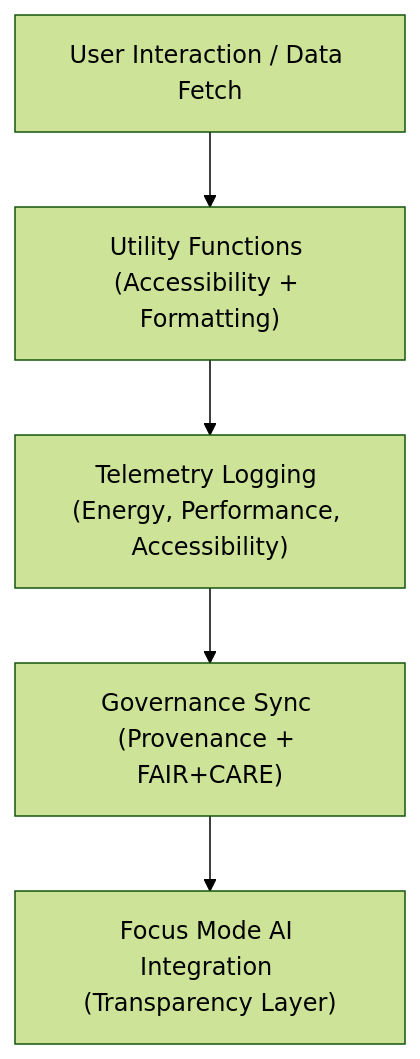
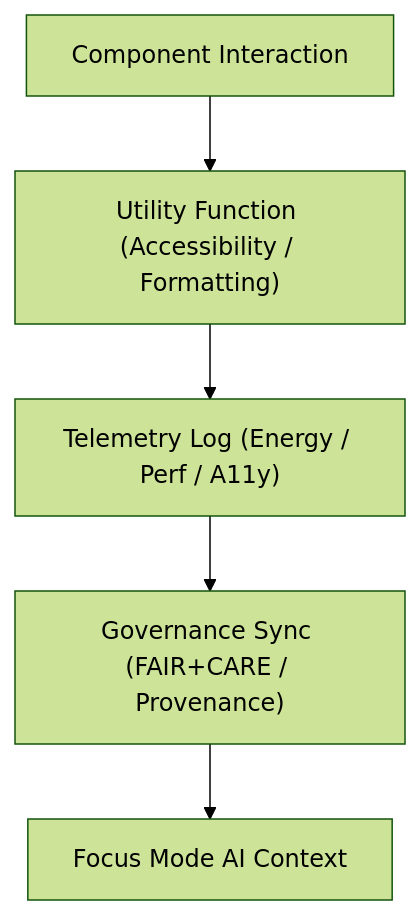
The diagram in web/src/utils/README.md (bartytime4life/Kansas-Frontier-Matrix), drawn with Mermaid (forest theme) before and after one commit. The commit also changed other lines of this file, not shown here.

````diff
--- a/web/src/utils/README.md
+++ b/web/src/utils/README.md
@@ -65,7 +64,7 @@
 ```mermaid
 flowchart TD
-    A["User Interaction / Data Fetch"] --> B["Utility Functions (Accessibility + Formatting)"]
-    B --> C["Telemetry Logging (Energy, Performance, Accessibility)"]
-    C --> D["Governance Sync (Provenance + FAIR+CARE)"]
-    D --> E["Focus Mode AI Integration (Transparency Layer)"]
+A["Component Interaction"] --> B["Utility Function (Accessibility / Formatting)"]
+B --> C["Telemetry Log (Energy / Perf / A11y)"]
+C --> D["Governance Sync (FAIR+CARE / Provenance)"]
+D --> E["Focus Mode AI Context"]
 ```
````
